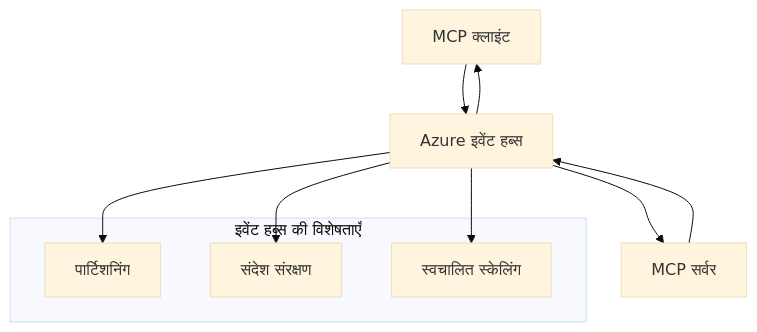
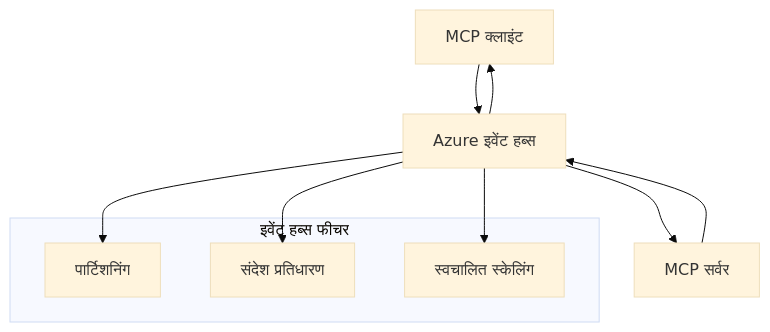
Before and after one commit to HIDORAKAI002/ai-workspace-archive: the second of 2 diagrams in mcp_ecosystem__model_context_protocol/mcp_learning_resources/mcp-for-beginners/translations/hi/05-AdvancedTopics/mcp-transport/README.md, drawn with Mermaid (base theme). The commit also changed other lines of this file and 1539 other files, not shown here.

````diff
--- a/mcp_ecosystem__model_context_protocol/mcp_learning_resources/mcp-for-beginners/translations/hi/05-AdvancedTopics/mcp-transport/README.md
+++ b/mcp_ecosystem__model_context_protocol/mcp_learning_resources/mcp-for-beginners/translations/hi/05-AdvancedTopics/mcp-transport/README.md
@@ -269,17 +270,17 @@
 ```mermaid
 graph TB
     Client[MCP क्लाइंट] --> EH[Azure इवेंट हब्स]
     EH --> Server[MCP सर्वर]
     Server --> EH
     EH --> Client
     
-    subgraph "इवेंट हब्स की विशेषताएँ"
+    subgraph "इवेंट हब्स फीचर"
         Partition[पार्टिशनिंग]
-        Retention[संदेश संरक्षण]
+        Retention[संदेश प्रतिधारण]
         Scaling[स्वचालित स्केलिंग]
     end
     
     EH --> Partition
     EH --> Retention
     EH --> Scaling
 ```
````
